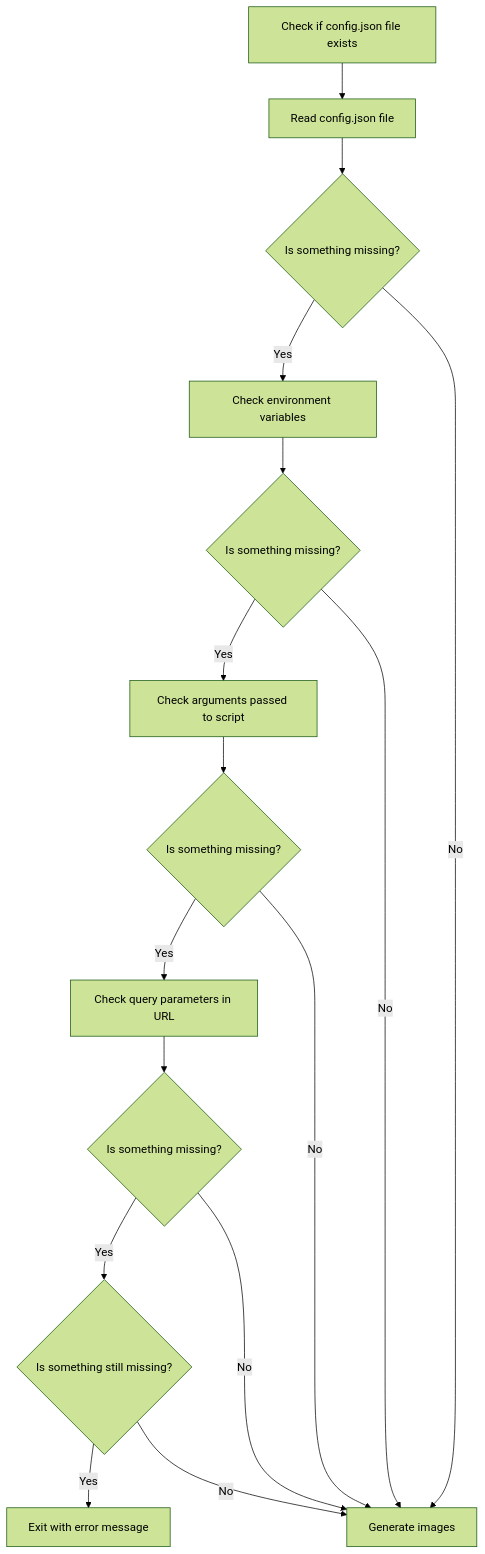
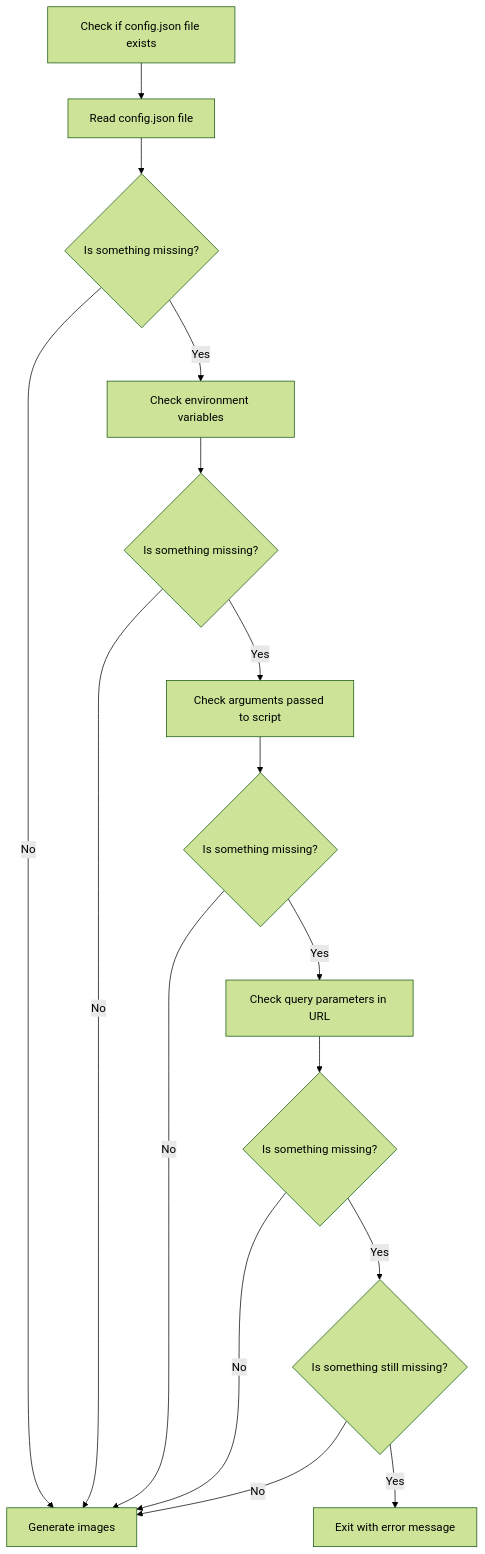
Before and after one commit to Avaray/steam-status-signature-generator: the diagram in README.md, drawn with Mermaid (forest theme).

````diff
--- a/README.md
+++ b/README.md
@@ -58,18 +58,18 @@
 ```mermaid
 graph TD
     A[Check if config.json file exists] --> B[Read config.json file]
     B --> C{Is something missing?}
+    C -->|No| M[Generate images]
     C -->|Yes| D[Check environment variables]
     D --> E{Is something missing?}
+    E -->|No| M
     E -->|Yes| F[Check arguments passed to script]
     F --> G{Is something missing?}
+    G -->|No| M
     G -->|Yes| H[Check query parameters in URL]
     H --> I{Is something missing?}
+    I -->|No| M
     I -->|Yes| K{Is something still missing?}
+    K -->|No| M
     K -->|Yes| L[Exit with error message]
-    K -->|No| M[Generate images]
-    I -->|No| M
-    G -->|No| M
-    E -->|No| M
-    C -->|No| M
 ```
````
